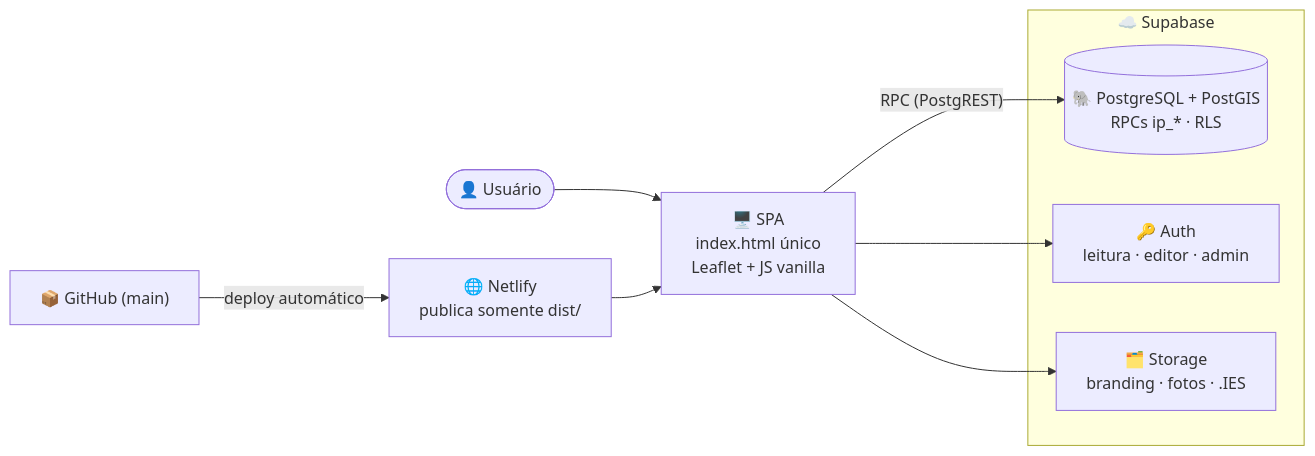
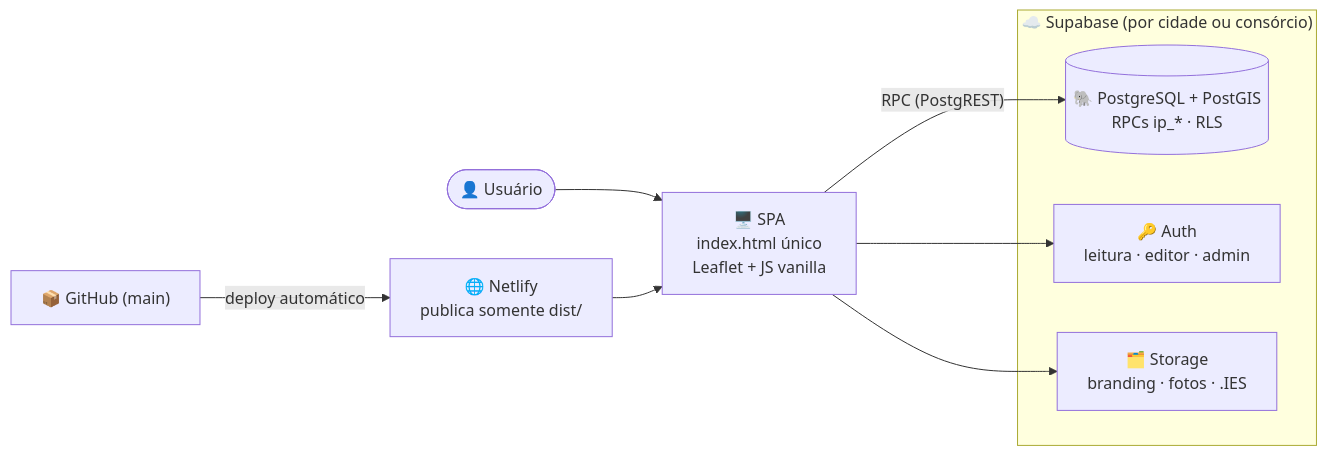
The diagram in README.md (DaniloSFValim/openlux), drawn with Mermaid before and after one commit. The commit also changed other lines of this file and 4 other files, not shown here.

````diff
--- a/README.md
+++ b/README.md
@@ -111,17 +131,17 @@
 ```mermaid
 flowchart LR
     U(["👤 Usuário"]) --> SPA["🖥️ SPA<br/>index.html único<br/>Leaflet + JS vanilla"]
 
-    subgraph Supabase ["☁️ Supabase"]
+    subgraph Supabase ["☁️ Supabase (por cidade ou consórcio)"]
         DB[("🐘 PostgreSQL + PostGIS<br/>RPCs ip_* · RLS")]
         AUTH["🔑 Auth<br/>leitura · editor · admin"]
         STG["🗂️ Storage<br/>branding · fotos · .IES"]
     end
 
     SPA -- "RPC (PostgREST)" --> DB
     SPA --> AUTH
     SPA --> STG
 
     GH["📦 GitHub (main)"] -- "deploy automático" --> NF["🌐 Netlify<br/>publica somente dist/"]
     NF --> SPA
 ```
````
